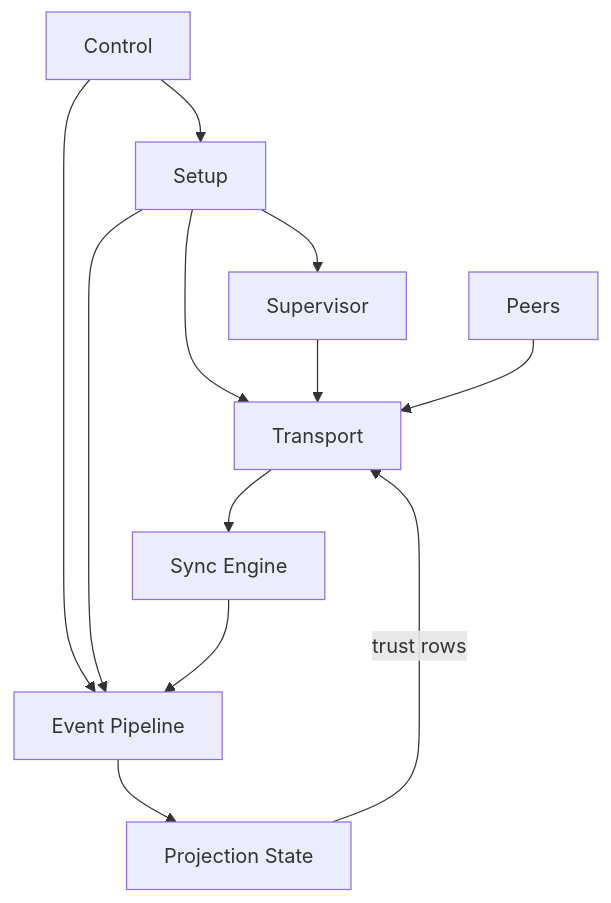
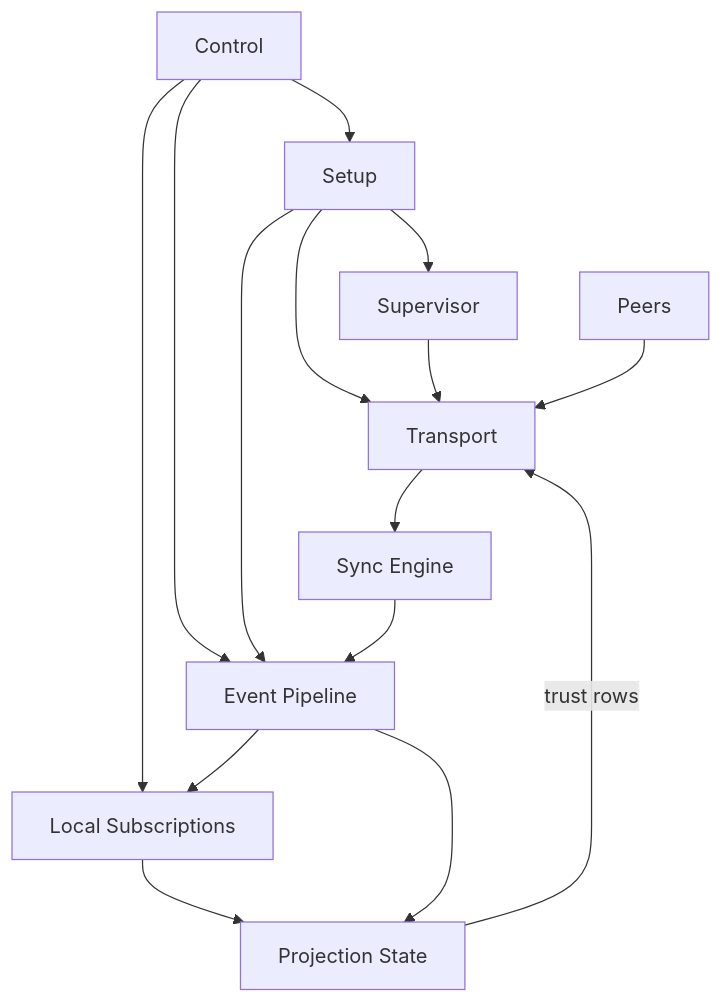
Before and after one commit to holmesworcester/topo: the fourth of 8 diagrams in docs/DESIGN_DIAGRAMS.md, drawn with Mermaid. The commit also changed other lines of this file, not shown here.

Commit message:
updates diagrams to include subscriptions

````diff
--- a/docs/DESIGN_DIAGRAMS.md
+++ b/docs/DESIGN_DIAGRAMS.md
@@ -97,24 +97,28 @@
 ```mermaid
 %%{init: {"flowchart": {"wrappingWidth": 320}} }%%
 flowchart TD
     CTRL["Control"]
     BOOT["Setup"]
     RSUP["Supervisor"]
     TRANS["Transport"]
     SYNC["Sync Engine"]
     PIPE["Event Pipeline"]
+    SUBS["Local Subscriptions"]
     PSTATE["Projection State"]
     PEERS["Peers"]
 
     CTRL --> BOOT
     CTRL --> PIPE
+    CTRL --> SUBS
     BOOT --> RSUP
     BOOT --> TRANS
     BOOT --> PIPE
     RSUP --> TRANS
     PEERS --> TRANS
     TRANS --> SYNC
     SYNC --> PIPE
+    PIPE --> SUBS
+    SUBS --> PSTATE
     PIPE --> PSTATE
     PSTATE -->|trust rows| TRANS
 ```
````
